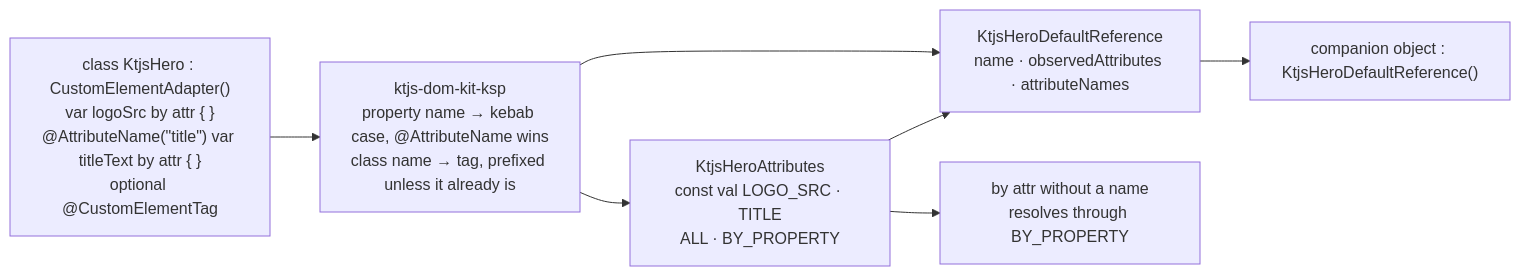
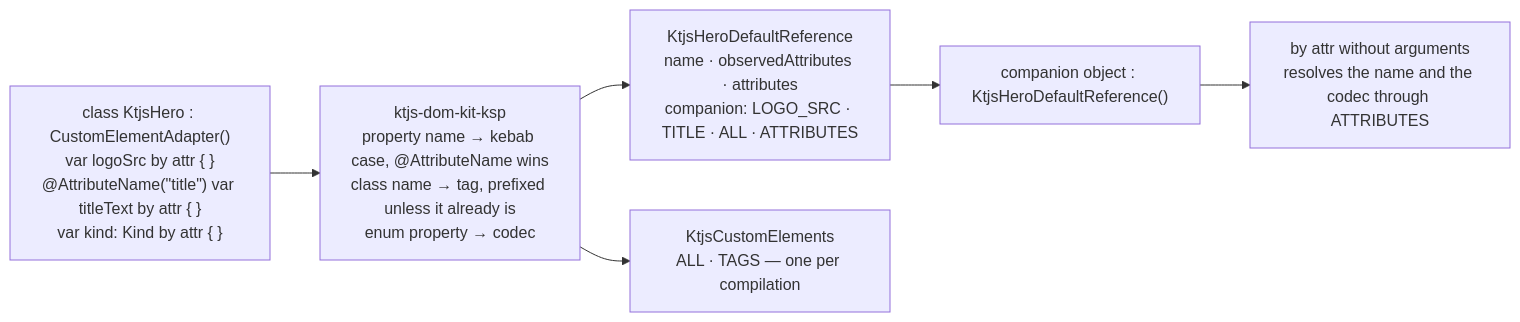
The first of 2 diagrams in docs/src/jsMain/resources/docs/dom-kit/custom-elements.md (shijianjs/ktjs-dom-kit), drawn with Mermaid before and after one commit. The commit also changed other lines of this file and 23 other files, not shown here.

````diff
--- a/docs/src/jsMain/resources/docs/dom-kit/custom-elements.md
+++ b/docs/src/jsMain/resources/docs/dom-kit/custom-elements.md
@@ -78,10 +79,9 @@
 ```mermaid
 flowchart LR
-  SRC["class KtjsHero : CustomElementAdapter()<br/>var logoSrc by attr { }<br/>@AttributeName(&quot;title&quot;) var titleText by attr { }<br/>optional @CustomElementTag"]
-  SRC --> KSP["ktjs-dom-kit-ksp<br/>property name → kebab case, @AttributeName wins<br/>class name → tag, prefixed unless it already is"]
-  KSP --> ATTRS["KtjsHeroAttributes<br/>const val LOGO_SRC · TITLE<br/>ALL · BY_PROPERTY"]
-  KSP --> REF["KtjsHeroDefaultReference<br/>name · observedAttributes · attributeNames"]
-  ATTRS --> REF
+  SRC["class KtjsHero : CustomElementAdapter()<br/>var logoSrc by attr { }<br/>@AttributeName(&quot;title&quot;) var titleText by attr { }<br/>var kind: Kind by attr { }"]
+  SRC --> KSP["ktjs-dom-kit-ksp<br/>property name → kebab case, @AttributeName wins<br/>class name → tag, prefixed unless it already is<br/>enum property → codec"]
+  KSP --> REF["KtjsHeroDefaultReference<br/>name · observedAttributes · attributes<br/>companion: LOGO_SRC · TITLE · ALL · ATTRIBUTES"]
   REF --> COMP["companion object : KtjsHeroDefaultReference()"]
-  ATTRS --> LOOKUP["by attr without a name<br/>resolves through BY_PROPERTY"]
+  COMP --> LOOKUP["by attr without arguments<br/>resolves the name and the codec through ATTRIBUTES"]
+  KSP --> REG["KtjsCustomElements<br/>ALL · TAGS — one per compilation"]
 ```
````
